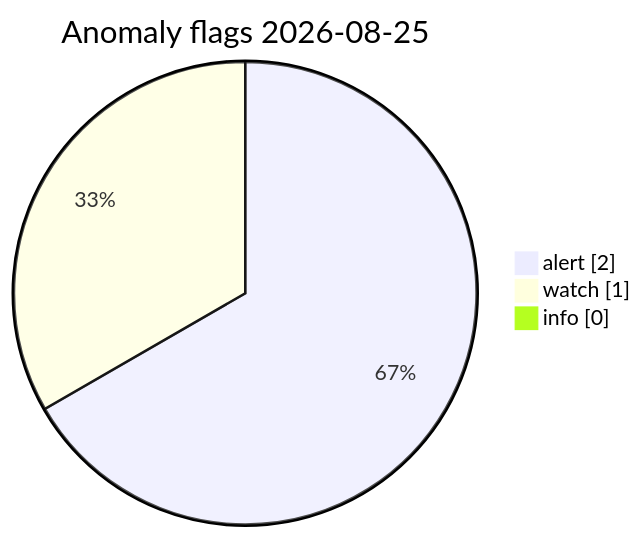
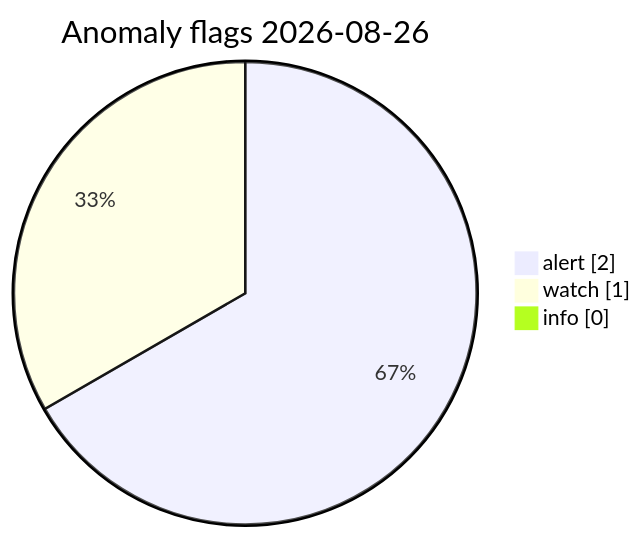
Before and after one commit to Midwest-Stratospheric/Unified-Open-Global-Weather: the diagram in visuals/latest/CHARTS.md, drawn with Mermaid. The commit also changed other lines of this file and 11 other files, not shown here.

Commit message:
data(visuals): automated charts 2026-08-26T08:25Z

````diff
--- a/visuals/latest/CHARTS.md
+++ b/visuals/latest/CHARTS.md
@@ -73,7 +73,7 @@
 ```mermaid
 pie showData
-  title Anomaly flags 2026-08-25
+  title Anomaly flags 2026-08-26
   "alert" : 2
   "watch" : 1
   "info" : 0
 ```
````
